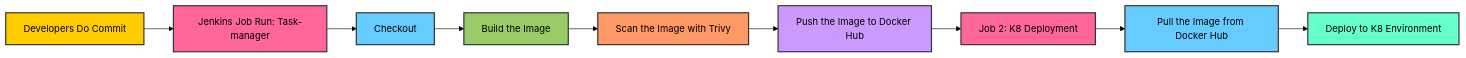
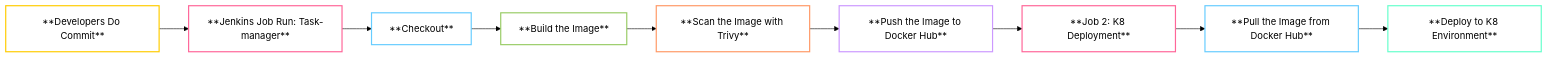
The diagram in README.md (ssanthosh2k3/task-manager), drawn with Mermaid (forest theme) before and after one commit. The commit also changed other lines of this file, not shown here.

````diff
--- a/README.md
+++ b/README.md
@@ -28,29 +29,29 @@
 ```mermaid
 flowchart LR;
-    A[Developers Do Commit] --> B[Jenkins Job Run: Task-manager];
-    B --> C[Checkout];
-    C --> D[Build the Image];
-    D --> E[Scan the Image with Trivy];
-    E --> F[Push the Image to Docker Hub];
-    F --> G[Job 2: K8 Deployment];
-    G --> H[Pull the Image from Docker Hub];
-    H --> I[Deploy to K8 Environment];
+    A[**Developers Do Commit**] --> B[**Jenkins Job Run: Task-manager**];
+    B --> C[**Checkout**];
+    C --> D[**Build the Image**];
+    D --> E[**Scan the Image with Trivy**];
+    E --> F[**Push the Image to Docker Hub**];
+    F --> G[**Job 2: K8 Deployment**];
+    G --> H[**Pull the Image from Docker Hub**];
+    H --> I[**Deploy to K8 Environment**];
 
-    classDef commitStyle fill:#ffcc00,stroke:#333,stroke-width:2px;
-    classDef jobStyle fill:#ff6699,stroke:#333,stroke-width:2px;
-    classDef checkoutStyle fill:#66ccff,stroke:#333,stroke-width:2px;
-    classDef buildStyle fill:#99cc66,stroke:#333,stroke-width:2px;
-    classDef scanStyle fill:#ff9966,stroke:#333,stroke-width:2px;
-    classDef pushStyle fill:#cc99ff,stroke:#333,stroke-width:2px;
-    classDef deployStyle fill:#66ffcc,stroke:#333,stroke-width:2px;
+    classDef commitStyle stroke:#ffcc00,stroke-width:2px,fill:none;
+    classDef jobStyle stroke:#ff6699,stroke-width:2px,fill:none;
+    classDef checkoutStyle stroke:#66ccff,stroke-width:2px,fill:none;
+    classDef buildStyle stroke:#99cc66,stroke-width:2px,fill:none;
+    classDef scanStyle stroke:#ff9966,stroke-width:2px,fill:none;
+    classDef pushStyle stroke:#cc99ff,stroke-width:2px,fill:none;
+    classDef deployStyle stroke:#66ffcc,stroke-width:2px,fill:none;
 
     class A commitStyle;
     class B jobStyle;
     class C checkoutStyle;
     class D buildStyle;
     class E scanStyle;
     class F pushStyle;
     class G jobStyle;
     class H checkoutStyle;
     class I deployStyle;
 ```
````
